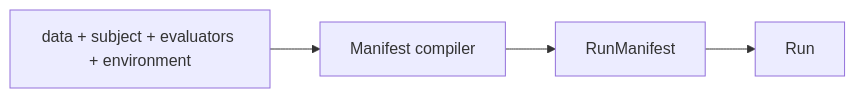
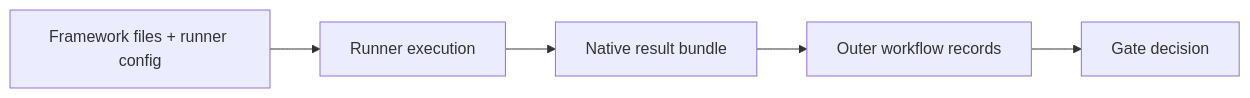
The first of 2 diagrams in en/evaluation/concepts/data-model.md (softprobe/document-website), drawn with Mermaid before and after one commit. The commit also changed other lines of this file and 10 other files, not shown here.

Commit message:
docs(evaluation): remove native authoring path; runner-first workflow

````diff
--- a/en/evaluation/concepts/data-model.md
+++ b/en/evaluation/concepts/data-model.md
@@ -15,8 +18,9 @@
 ```mermaid
 flowchart LR
-  API[data + subject + evaluators + environment]
-  Comp[Manifest compiler]
-  RM[RunManifest]
-  Run[Run]
-  API --> Comp --> RM --> Run
+  In[Framework files + runner config]
+  Run[Runner execution]
+  Native[Native result bundle]
+  Outer[Outer workflow records]
+  Gate[Gate decision]
+  In --> Run --> Native --> Outer --> Gate
 ```
````
